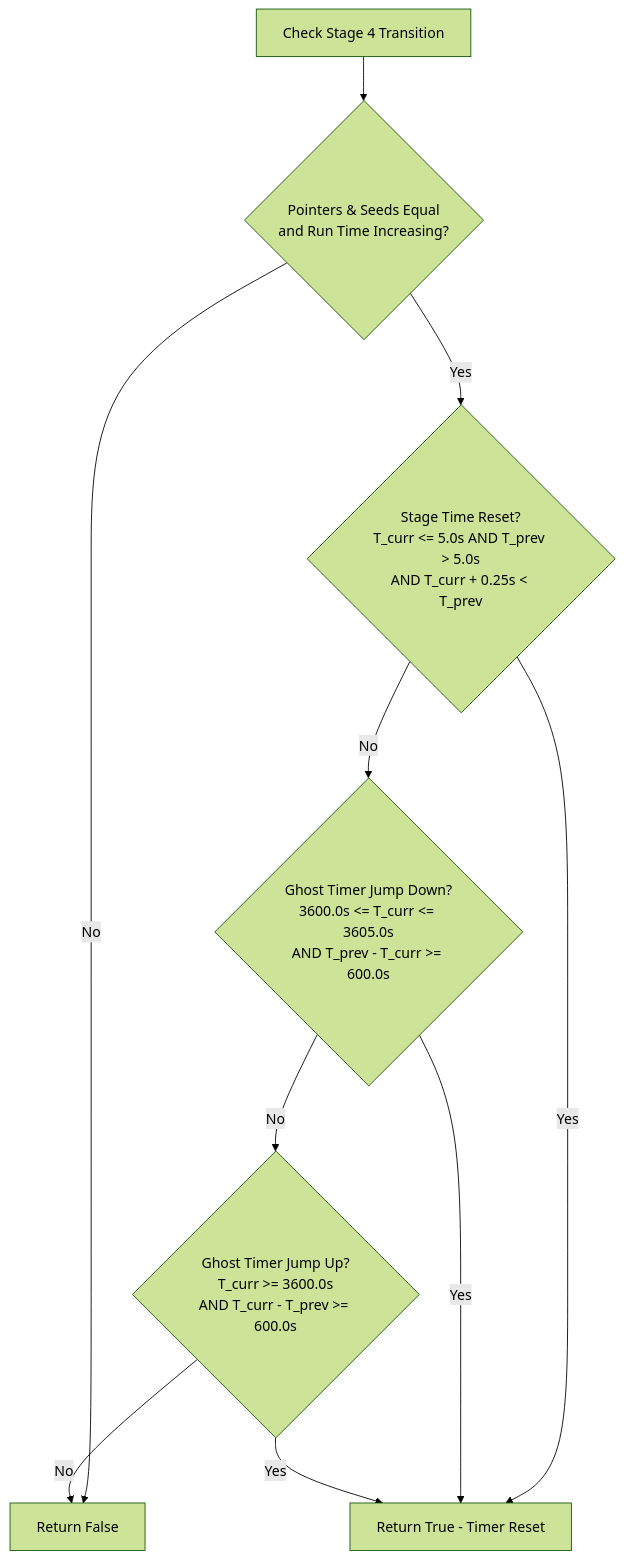
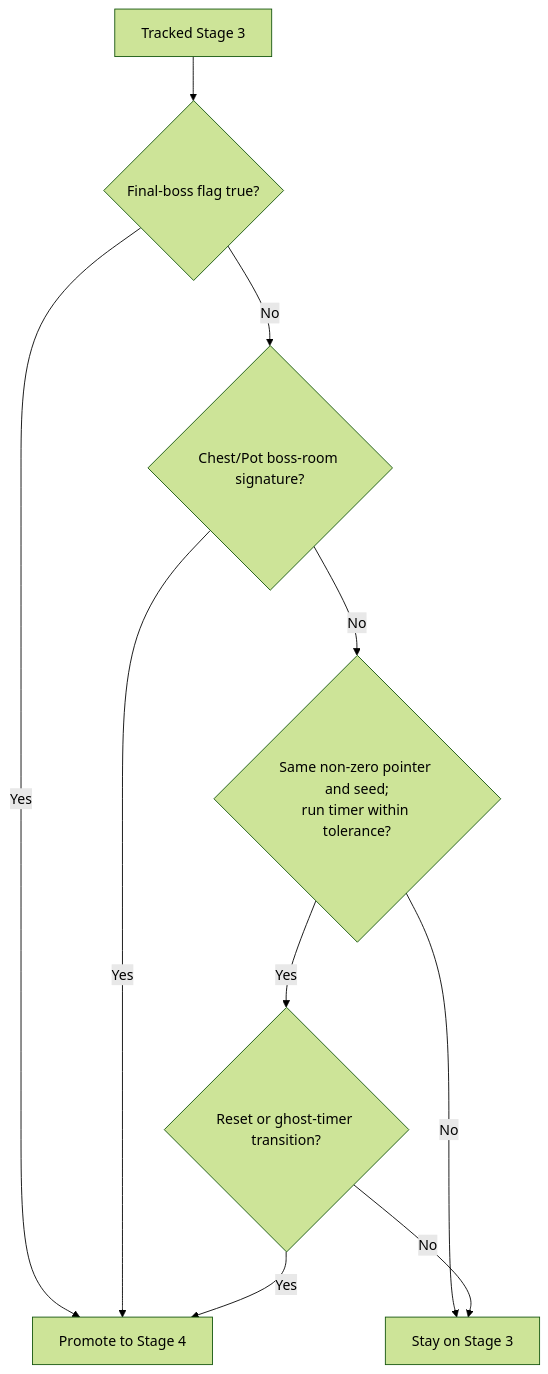
Before and after one commit to ALuiell/BonkScanner: the diagram in docs/wiki/Stage_Summary_Transitions.md, drawn with Mermaid (forest theme). The commit also changed other lines of this file and 30 other files, not shown here.

````diff
--- a/docs/wiki/Stage_Summary_Transitions.md
+++ b/docs/wiki/Stage_Summary_Transitions.md
@@ -30,15 +74,12 @@
 ```mermaid
-graph TD
-    Start[Check Stage 4 Transition] --> BasicChecks{Pointers & Seeds Equal<br>and Run Time Increasing?}
-    BasicChecks -- No --> False[Return False]
-    BasicChecks -- Yes --> CheckReset{Stage Time Reset?<br>T_curr <= 5.0s AND T_prev > 5.0s<br>AND T_curr + 0.25s < T_prev}
-
-    CheckReset -- Yes --> True[Return True - Timer Reset]
-    CheckReset -- No --> CheckGhostDown{Ghost Timer Jump Down?<br>3600.0s <= T_curr <= 3605.0s<br>AND T_prev - T_curr >= 600.0s}
-
-    CheckGhostDown -- Yes --> True
-    CheckGhostDown -- No --> CheckGhostUp{Ghost Timer Jump Up?<br>T_curr >= 3600.0s<br>AND T_curr - T_prev >= 600.0s}
-
-    CheckGhostUp -- Yes --> True
-    CheckGhostUp -- No --> False
+flowchart TD
+    Start[Tracked Stage 3] --> Flag{Final-boss flag true?}
+    Flag -- Yes --> Stage4[Promote to Stage 4]
+    Flag -- No --> Activity{Chest/Pot boss-room signature?}
+    Activity -- Yes --> Stage4
+    Activity -- No --> Stable{Same non-zero pointer and seed;<br>run timer within tolerance?}
+    Stable -- No --> Stay[Stay on Stage 3]
+    Stable -- Yes --> Timer{Reset or ghost-timer transition?}
+    Timer -- Yes --> Stage4
+    Timer -- No --> Stay
 ```
````
